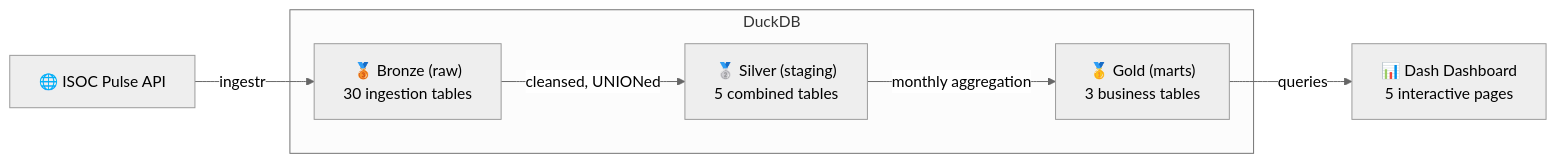
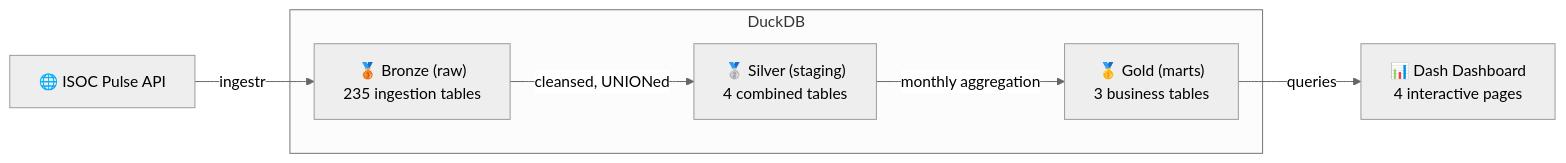
Before and after one commit to mohamed-boughattas/internet-health-monitor: the diagram in README.md, drawn with Mermaid (neutral theme). The commit also changed other lines of this file and 1 other file, not shown here.

````diff
--- a/README.md
+++ b/README.md
@@ -23,13 +22,13 @@
 ```mermaid
 graph LR
-    A["🌐 ISOC Pulse API"] -->|ingestr| B["🥉 Bronze (raw)<br/>30 ingestion tables"]
-    B -->|cleansed, UNIONed| C["🥈 Silver (staging)<br/>5 combined tables"]
+    A["🌐 ISOC Pulse API"] -->|ingestr| B["🥉 Bronze (raw)<br/>235 ingestion tables"]
+    B -->|cleansed, UNIONed| C["🥈 Silver (staging)<br/>4 combined tables"]
     C -->|monthly aggregation| D["🥇 Gold (marts)<br/>3 business tables"]
-    D -->|queries| E["📊 Dash Dashboard<br/>5 interactive pages"]
+    D -->|queries| E["📊 Dash Dashboard<br/>4 interactive pages"]
 
     subgraph DuckDB["DuckDB"]
         B
         C
         D
     end
 ```
````
